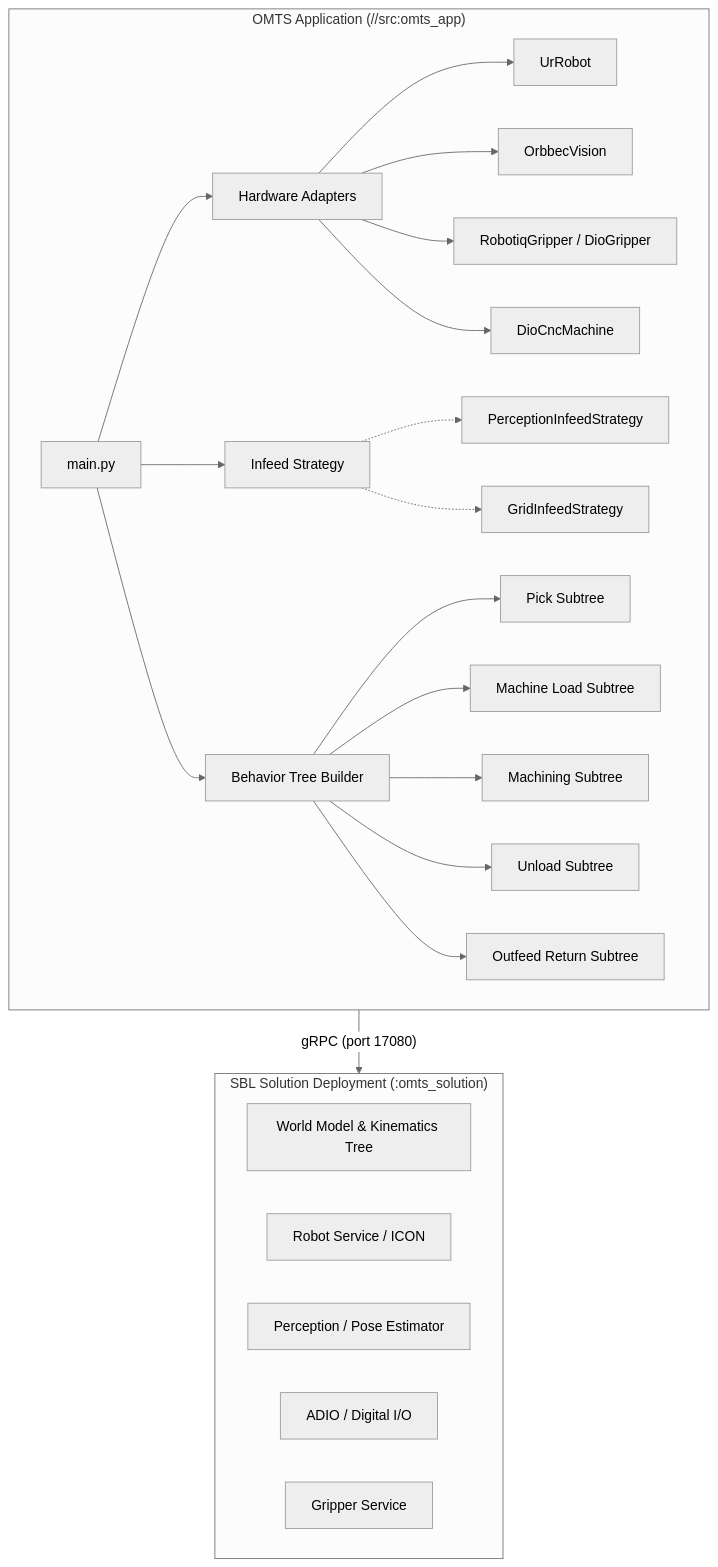
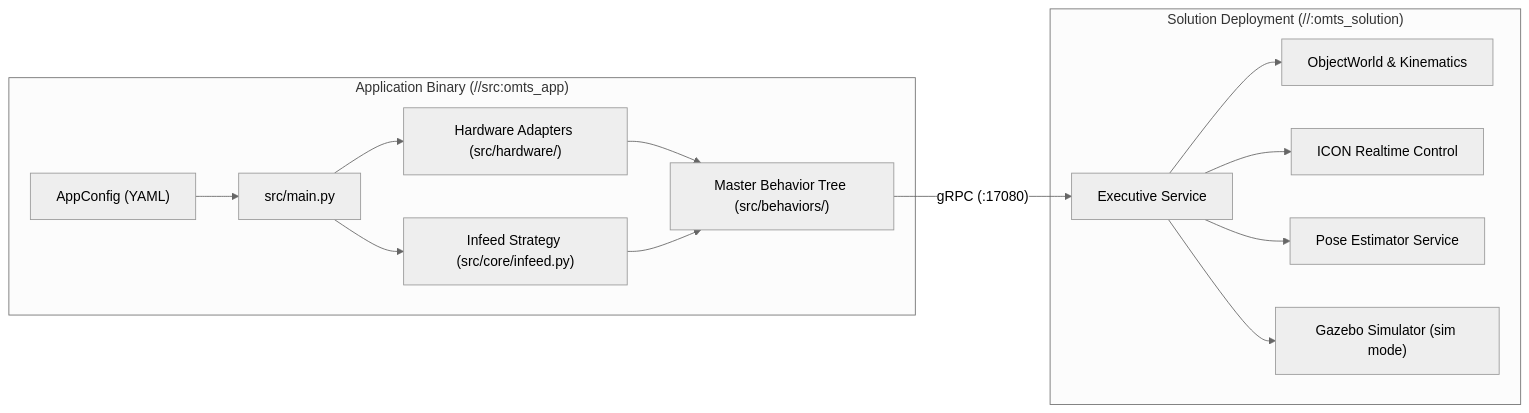
The first of 2 diagrams in docs/ARCHITECTURE.md (intrinsic-ai/intrinsic-omts), drawn with Mermaid (neutral theme) before and after one commit. The commit also changed other lines of this file and 42 other files, not shown here.

````diff
--- a/docs/ARCHITECTURE.md
+++ b/docs/ARCHITECTURE.md
@@ -14,31 +25,21 @@
 ```mermaid
-flowchart TD
-    subgraph SolutionCluster["SBL Solution Deployment (:omts_solution)"]
-        W[World Model & Kinematics Tree]
-        R[Robot Service / ICON]
-        P[Perception / Pose Estimator]
-        IO[ADIO / Digital I/O]
-        G[Gripper Service]
+flowchart LR
+    subgraph App["Application Binary (//src:omts_app)"]
+        CFG["AppConfig (YAML)"] --> MAIN["src/main.py"]
+        MAIN --> HAL["Hardware Adapters (src/hardware/)"]
+        MAIN --> INF["Infeed Strategy (src/core/infeed.py)"]
+        HAL --> BT["Master Behavior Tree (src/behaviors/)"]
+        INF --> BT
     end
 
-    subgraph OMTSApplication["OMTS Application (//src:omts_app)"]
-        MAIN[main.py] --> ADAPTERS[Hardware Adapters]
-        ADAPTERS --> ROBOT_ADAPT[UrRobot]
-        ADAPTERS --> VISION_ADAPT[OrbbecVision]
-        ADAPTERS --> GRIP_ADAPT[RobotiqGripper / DioGripper]
-        ADAPTERS --> CNC_ADAPT[DioCncMachine]
-        
-        MAIN --> STRATEGY[Infeed Strategy]
-        STRATEGY -.-> PERCEP[PerceptionInfeedStrategy]
-        STRATEGY -.-> GRID[GridInfeedStrategy]
-        
-        MAIN --> BT_BUILDER[Behavior Tree Builder]
-        BT_BUILDER --> SUB_PICK[Pick Subtree]
-        BT_BUILDER --> SUB_LOAD[Machine Load Subtree]
-        BT_BUILDER --> SUB_MACHINE[Machining Subtree]
-        BT_BUILDER --> SUB_UNLOAD[Unload Subtree]
-        BT_BUILDER --> SUB_OUTFEED[Outfeed Return Subtree]
+    subgraph Cluster["Solution Deployment (//:omts_solution)"]
+        EXEC["Executive Service"]
+        WORLD["ObjectWorld & Kinematics"]
+        ICON["ICON Realtime Control"]
+        PERC["Pose Estimator Service"]
+        SIM["Gazebo Simulator (sim mode)"]
     end
 
-    OMTSApplication -- gRPC (port 17080) --> SolutionCluster
+    BT -- "gRPC (:17080)" --> EXEC
+    EXEC --> WORLD & ICON & PERC & SIM
 ```
````
